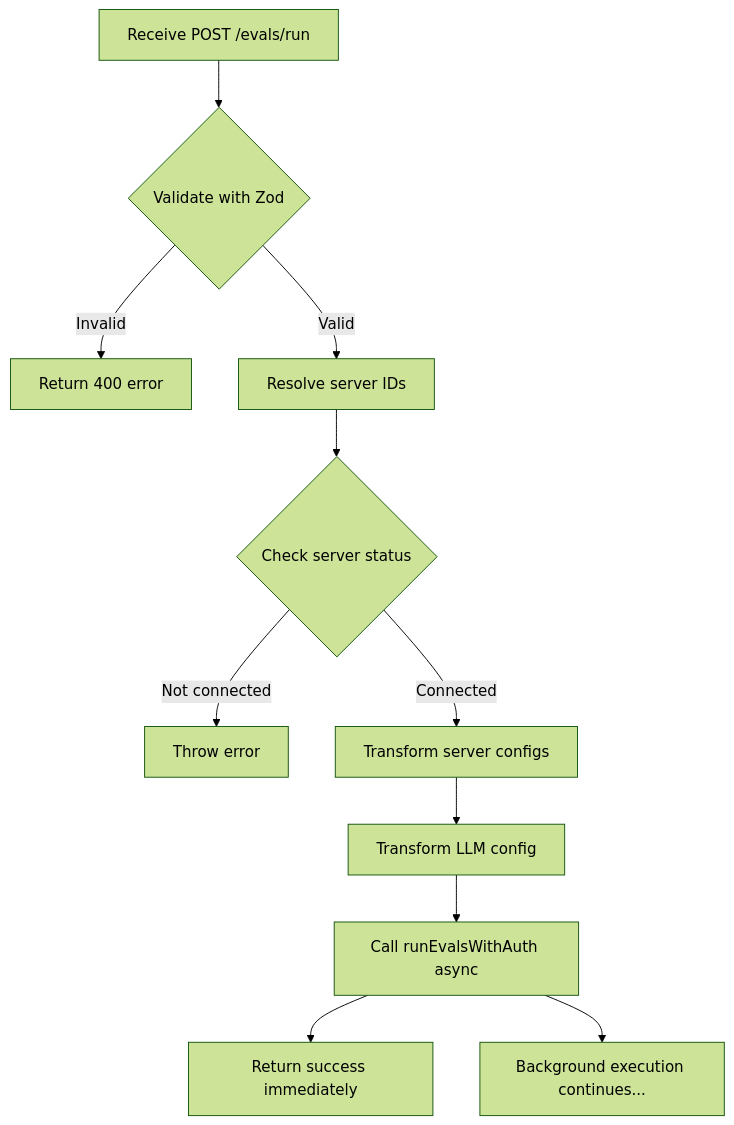
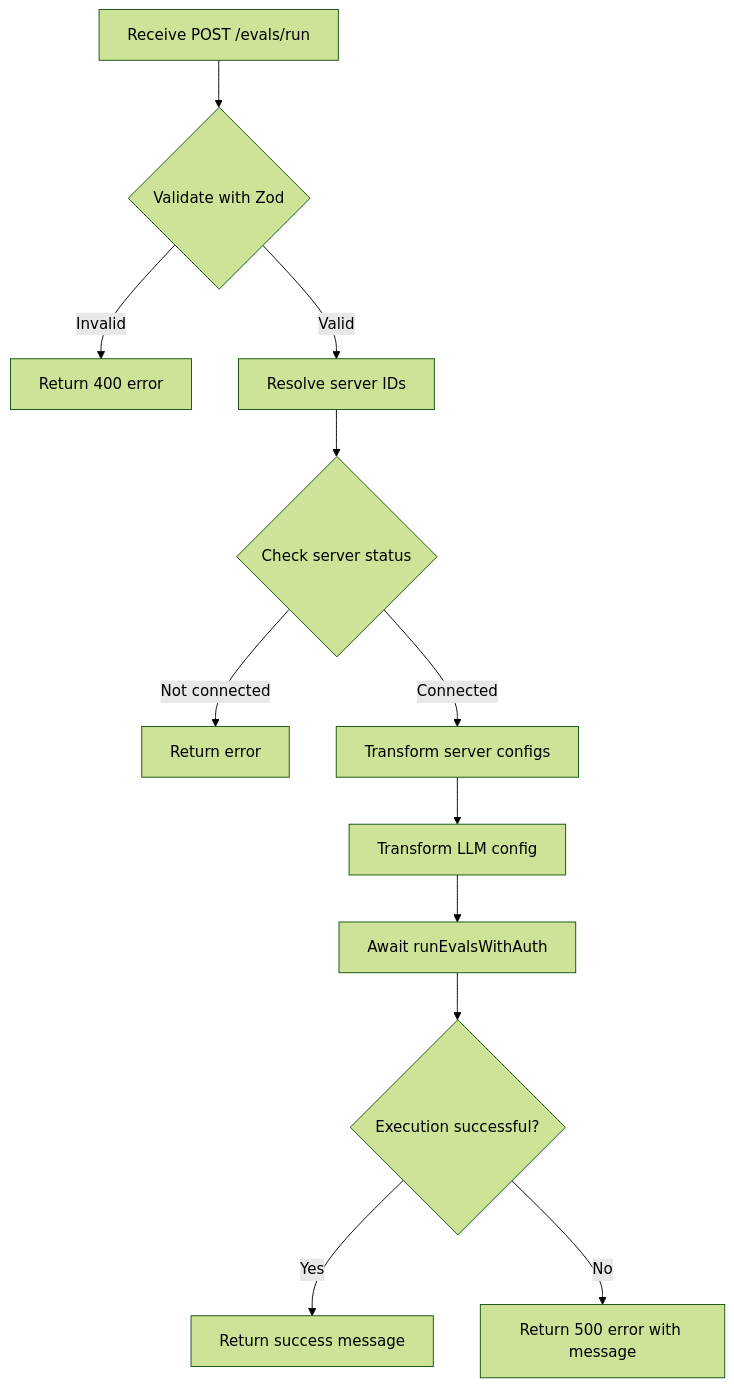
The fourth of 12 diagrams in docs/contributing/evals-architecture.mdx (MCPJam/inspector), drawn with Mermaid (forest theme) before and after one commit.

````diff
--- a/docs/contributing/evals-architecture.mdx
+++ b/docs/contributing/evals-architecture.mdx
@@ -320,14 +320,14 @@
 ```mermaid
 flowchart TD
     A[Receive POST /evals/run] --> B{Validate with Zod}
     B -->|Invalid| C[Return 400 error]
     B -->|Valid| D[Resolve server IDs]
     D --> E{Check server status}
-    E -->|Not connected| F[Throw error]
+    E -->|Not connected| F[Return error]
     E -->|Connected| G[Transform server configs]
     G --> H[Transform LLM config]
-    H --> I[Call runEvalsWithAuth async]
-    I --> J[Return success immediately]
-
-    I --> K[Background execution continues...]
+    H --> I[Await runEvalsWithAuth]
+    I --> J{Execution successful?}
+    J -->|Yes| K[Return success message]
+    J -->|No| L[Return 500 error with message]
 ```
````
